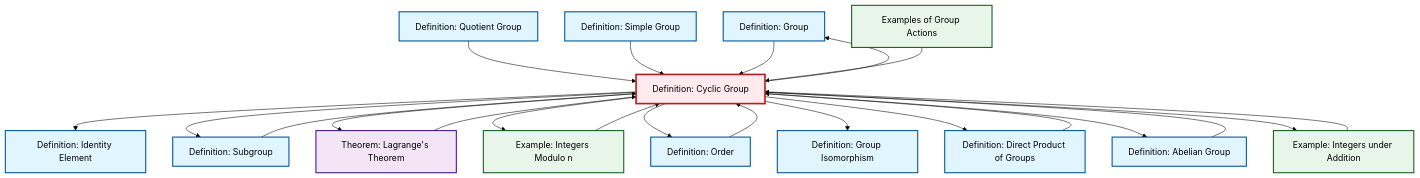
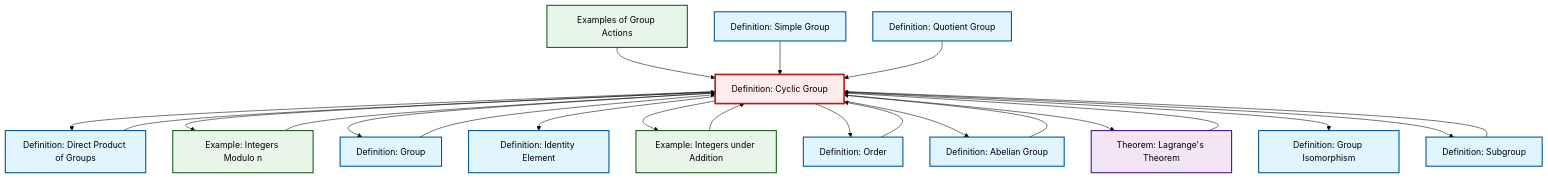
Before and after one commit to RK0429/ModernMath: the diagram in content/ja/algebra/def-cyclic-group.qmd, drawn with Mermaid (forest theme). The commit also changed other lines of this file and 654 other files, not shown here.

````diff
--- a/content/ja/algebra/def-cyclic-group.qmd
+++ b/content/ja/algebra/def-cyclic-group.qmd
@@ -102,58 +102,58 @@
 ```{mermaid}
 %%| fig-cap: "Local dependency graph"
 graph TD
     classDef definition fill:#e1f5fe,stroke:#01579b,stroke-width:2px
     classDef theorem fill:#f3e5f5,stroke:#4a148c,stroke-width:2px
     classDef axiom fill:#fff3e0,stroke:#e65100,stroke-width:2px
     classDef example fill:#e8f5e9,stroke:#1b5e20,stroke-width:2px
     classDef current fill:#ffebee,stroke:#b71c1c,stroke-width:3px
+    def-simple-group["Definition: Simple Group"]:::definition
+    def-cyclic-group["Definition: Cyclic Group"]:::definition
+    def-isomorphism["Definition: Group Isomorphism"]:::definition
+    ex-integers-addition["Example: Integers under Addition"]:::example
     def-group["Definition: Group"]:::definition
-    def-abelian-group["Definition: Abelian Group"]:::definition
+    def-order["Definition: Order"]:::definition
     thm-lagrange["Theorem: Lagrange's Theorem"]:::theorem
-    def-simple-group["Definition: Simple Group"]:::definition
+    def-quotient-group["Definition: Quotient Group"]:::definition
     def-subgroup["Definition: Subgroup"]:::definition
-    def-cyclic-group["Definition: Cyclic Group"]:::definition
-    def-quotient-group["Definition: Quotient Group"]:::definition
-    def-isomorphism["Definition: Group Isomorphism"]:::definition
     def-direct-product["Definition: Direct Product of Groups"]:::definition
-    def-order["Definition: Order"]:::definition
-    ex-quotient-integers-mod-n["Example: Integers Modulo n"]:::example
     def-identity-element["Definition: Identity Element"]:::definition
     ex-group-action-examples["Examples of Group Actions"]:::example
-    ex-integers-addition["Example: Integers under Addition"]:::example
-    def-cyclic-group --> def-identity-element
-    def-quotient-group --> def-cyclic-group
-    def-cyclic-group --> def-subgroup
-    def-cyclic-group --> thm-lagrange
-    def-cyclic-group --> def-group
-    def-cyclic-group --> ex-quotient-integers-mod-n
-    ex-integers-addition --> def-cyclic-group
-    ex-quotient-integers-mod-n --> def-cyclic-group
-    def-cyclic-group --> def-order
-    def-direct-product --> def-cyclic-group
-    def-cyclic-group --> def-isomorphism
-    def-simple-group --> def-cyclic-group
-    def-abelian-group --> def-cyclic-group
-    def-order --> def-cyclic-group
+    def-abelian-group["Definition: Abelian Group"]:::definition
+    ex-quotient-integers-mod-n["Example: Integers Modulo n"]:::example
     def-cyclic-group --> def-direct-product
-    def-subgroup --> def-cyclic-group
-    def-cyclic-group --> def-abelian-group
-    thm-lagrange --> def-cyclic-group
-    def-cyclic-group --> ex-integers-addition
     def-group --> def-cyclic-group
     ex-group-action-examples --> def-cyclic-group
+    ex-quotient-integers-mod-n --> def-cyclic-group
+    def-direct-product --> def-cyclic-group
+    def-cyclic-group --> ex-quotient-integers-mod-n
+    def-subgroup --> def-cyclic-group
+    def-cyclic-group --> def-group
+    def-cyclic-group --> def-identity-element
+    def-cyclic-group --> ex-integers-addition
+    def-cyclic-group --> def-order
+    def-abelian-group --> def-cyclic-group
+    def-cyclic-group --> def-abelian-group
+    def-simple-group --> def-cyclic-group
+    def-cyclic-group --> thm-lagrange
+    ex-integers-addition --> def-cyclic-group
+    def-quotient-group --> def-cyclic-group
+    thm-lagrange --> def-cyclic-group
+    def-cyclic-group --> def-isomorphism
+    def-cyclic-group --> def-subgroup
+    def-order --> def-cyclic-group
     class def-cyclic-group current
+    click def-simple-group "def-simple-group.html" "Definition: Simple Groupへ"
+    click def-isomorphism "def-isomorphism.html" "Definition: Group Isomorphismへ"
+    click ex-integers-addition "ex-integers-addition.html" "Example: Integers under Additionへ"
     click def-group "def-group.html" "Definition: Groupへ"
-    click def-abelian-group "def-abelian-group.html" "Definition: Abelian Groupへ"
+    click def-order "def-order.html" "Definition: Orderへ"
     click thm-lagrange "thm-lagrange.html" "Theorem: Lagrange's Theoremへ"
-    click def-simple-group "def-simple-group.html" "Definition: Simple Groupへ"
+    click def-quotient-group "def-quotient-group.html" "Definition: Quotient Groupへ"
     click def-subgroup "def-subgroup.html" "Definition: Subgroupへ"
-    click def-quotient-group "def-quotient-group.html" "Definition: Quotient Groupへ"
-    click def-isomorphism "def-isomorphism.html" "Definition: Group Isomorphismへ"
     click def-direct-product "def-direct-product.html" "Definition: Direct Product of Groupsへ"
-    click def-order "def-order.html" "Definition: Orderへ"
-    click ex-quotient-integers-mod-n "ex-quotient-integers-mod-n.html" "Example: Integers Modulo nへ"
     click def-identity-element "def-identity-element.html" "Definition: Identity Elementへ"
     click ex-group-action-examples "ex-group-action-examples.html" "Examples of Group Actionsへ"
-    click ex-integers-addition "ex-integers-addition.html" "Example: Integers under Additionへ"
+    click def-abelian-group "def-abelian-group.html" "Definition: Abelian Groupへ"
+    click ex-quotient-integers-mod-n "ex-quotient-integers-mod-n.html" "Example: Integers Modulo nへ"
 ```
````
